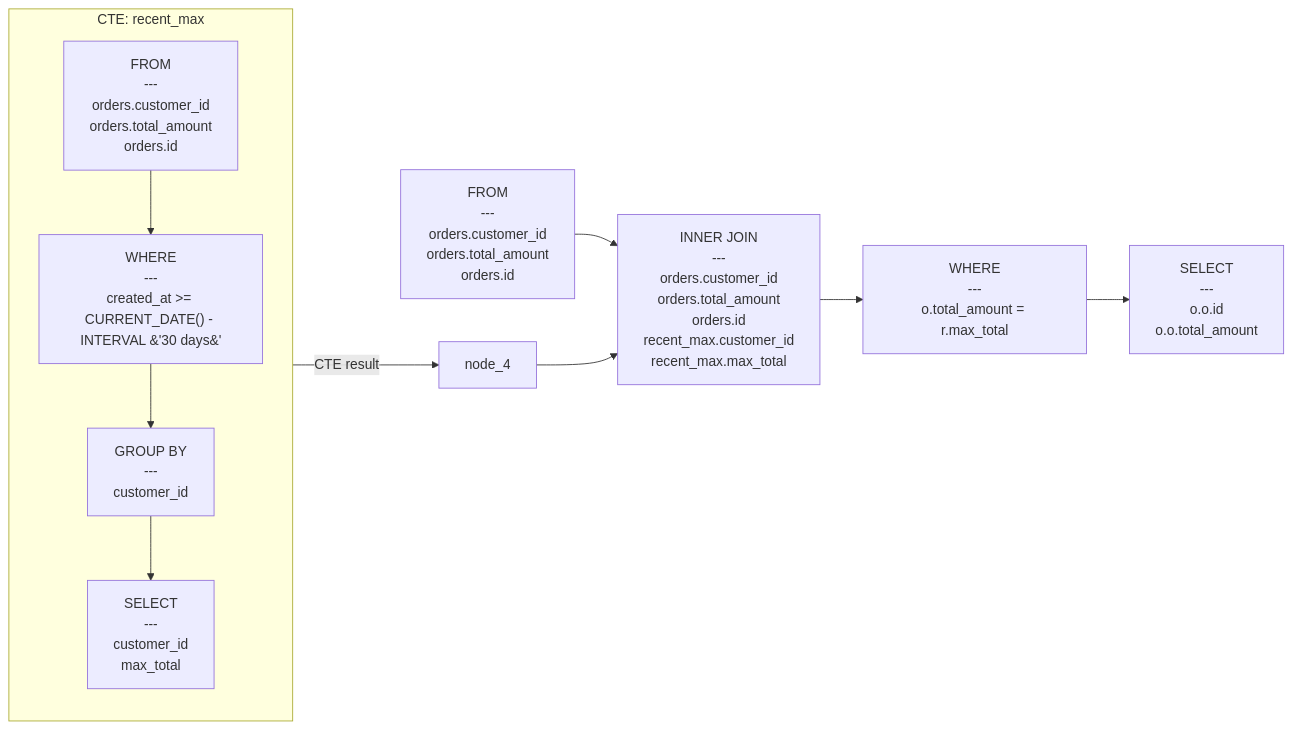
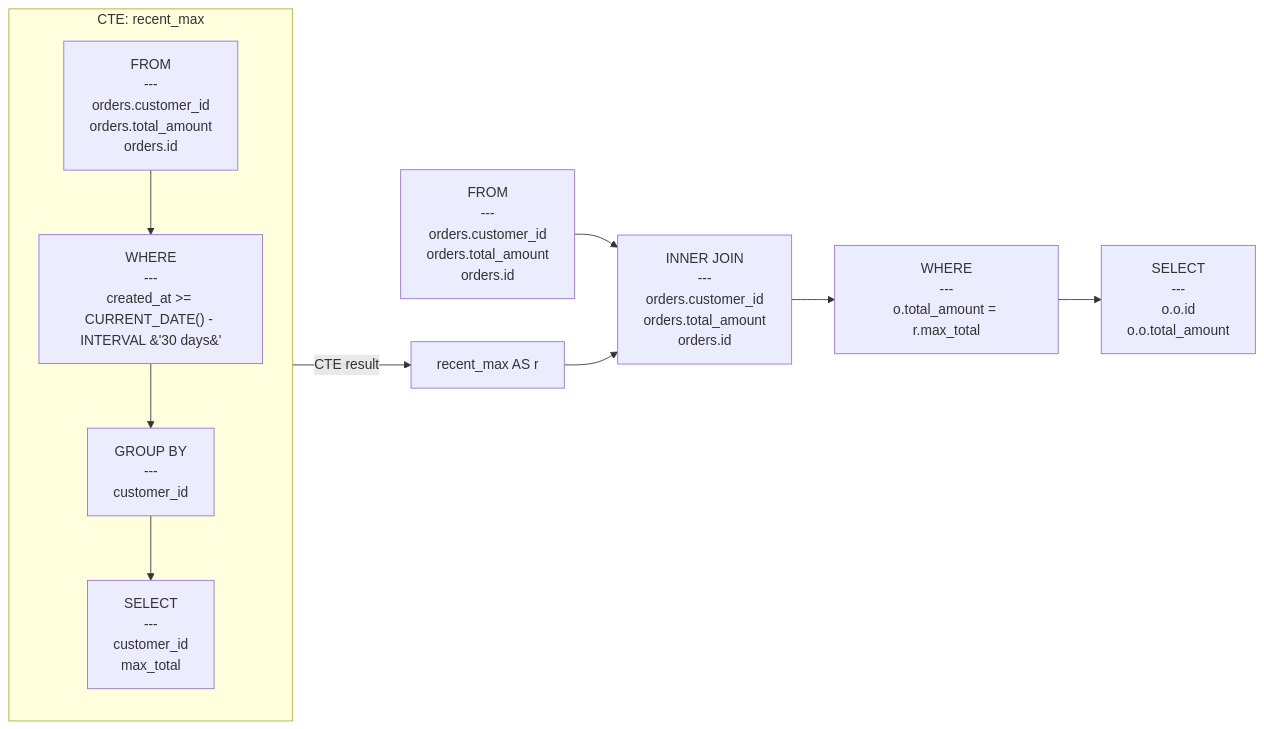
One commit to rot1024/sqloflow changed the diagram in examples/cte_with_join.mmd. Above: the diagram before and after it, drawn with Mermaid. The commit also changed 47 other files, not shown here.

```diff
--- a/examples/cte_with_join.mmd
+++ b/examples/cte_with_join.mmd
@@ -1,21 +1,22 @@
 flowchart LR
     subgraph cte_recent_max [CTE: recent_max]
         direction TB
         node_3["SELECT<br/>---<br/>customer_id<br/>max_total"]
         node_2["GROUP BY<br/>---<br/>customer_id"]
         node_1["WHERE<br/>---<br/>created_at &gt;= CURRENT_DATE() - INTERVAL &#39;30 days&#39;"]
         node_0["FROM<br/>---<br/>orders.customer_id<br/>orders.total_amount<br/>orders.id"]
         node_0 --> node_1
         node_1 --> node_2
         node_2 --> node_3
     end
 
     node_5["FROM<br/>---<br/>orders.customer_id<br/>orders.total_amount<br/>orders.id"]
-    node_6["INNER JOIN<br/>---<br/>orders.customer_id<br/>orders.total_amount<br/>orders.id<br/>recent_max.customer_id<br/>recent_max.max_total"]
-    node_7["WHERE<br/>---<br/>o.total_amount = r.max_total"]
-    node_8["SELECT<br/>---<br/>o.o.id<br/>o.o.total_amount"]
-    node_3 -->|CTE result| node_4
-    node_5 --> node_6
-    node_4 --> node_6
+    node_6[recent_max AS r]
+    node_7["INNER JOIN<br/>---<br/>orders.customer_id<br/>orders.total_amount<br/>orders.id"]
+    node_8["WHERE<br/>---<br/>o.total_amount = r.max_total"]
+    node_9["SELECT<br/>---<br/>o.o.id<br/>o.o.total_amount"]
+    node_3 -->|CTE result| node_6
+    node_5 --> node_7
     node_6 --> node_7
     node_7 --> node_8
+    node_8 --> node_9
```
